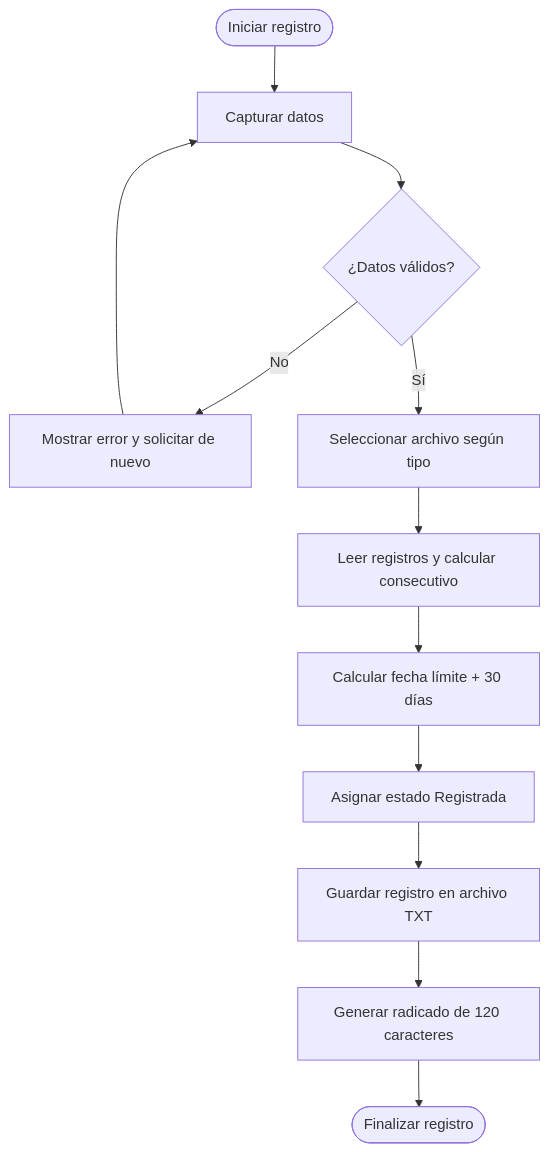
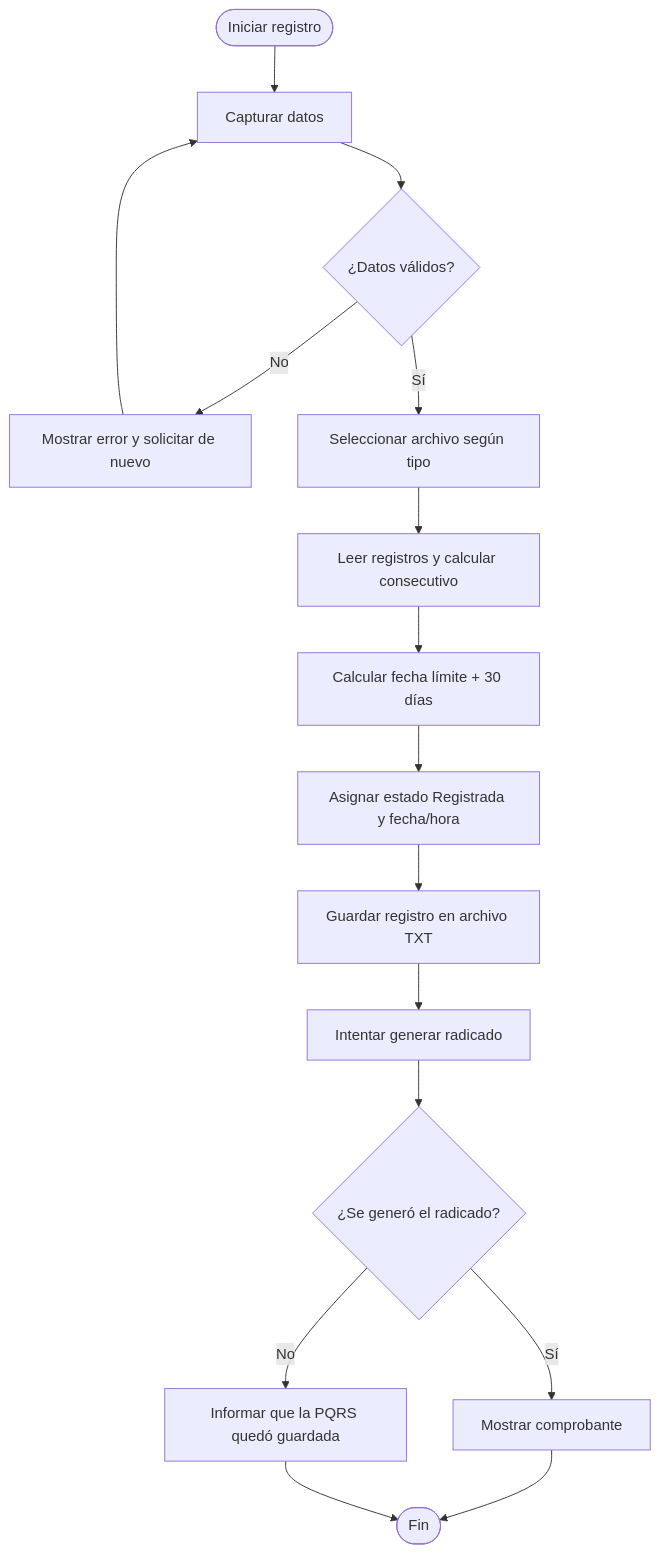
Before and after one commit to joselopez17-dev/gestion_y_huellitas_udea: the second of 3 diagrams in docs/algoritmo.md, drawn with Mermaid. The commit also changed other lines of this file, not shown here.

````diff
--- a/docs/algoritmo.md
+++ b/docs/algoritmo.md
@@ -38,14 +38,18 @@
-```mermaid
+~~~mermaid
 flowchart TD
     A([Iniciar registro]) --> B[Capturar datos]
     B --> C{¿Datos válidos?}
     C -->|No| D[Mostrar error y solicitar de nuevo]
     D --> B
     C -->|Sí| E[Seleccionar archivo según tipo]
     E --> F[Leer registros y calcular consecutivo]
     F --> G[Calcular fecha límite + 30 días]
-    G --> H[Asignar estado Registrada]
+    G --> H[Asignar estado Registrada y fecha/hora]
     H --> I[Guardar registro en archivo TXT]
-    I --> J[Generar radicado de 120 caracteres]
-    J --> K([Finalizar registro])
-```
+    I --> J[Intentar generar radicado]
+    J --> K{¿Se generó el radicado?}
+    K -->|Sí| L[Mostrar comprobante]
+    K -->|No| M[Informar que la PQRS quedó guardada]
+    L --> N([Fin])
+    M --> N
+~~~
````
